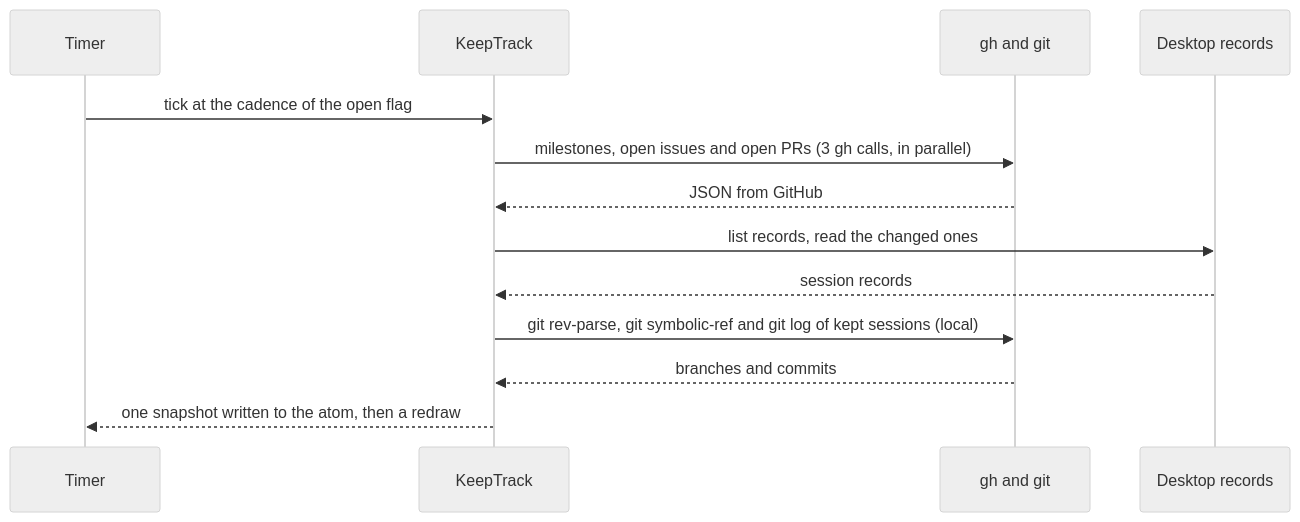
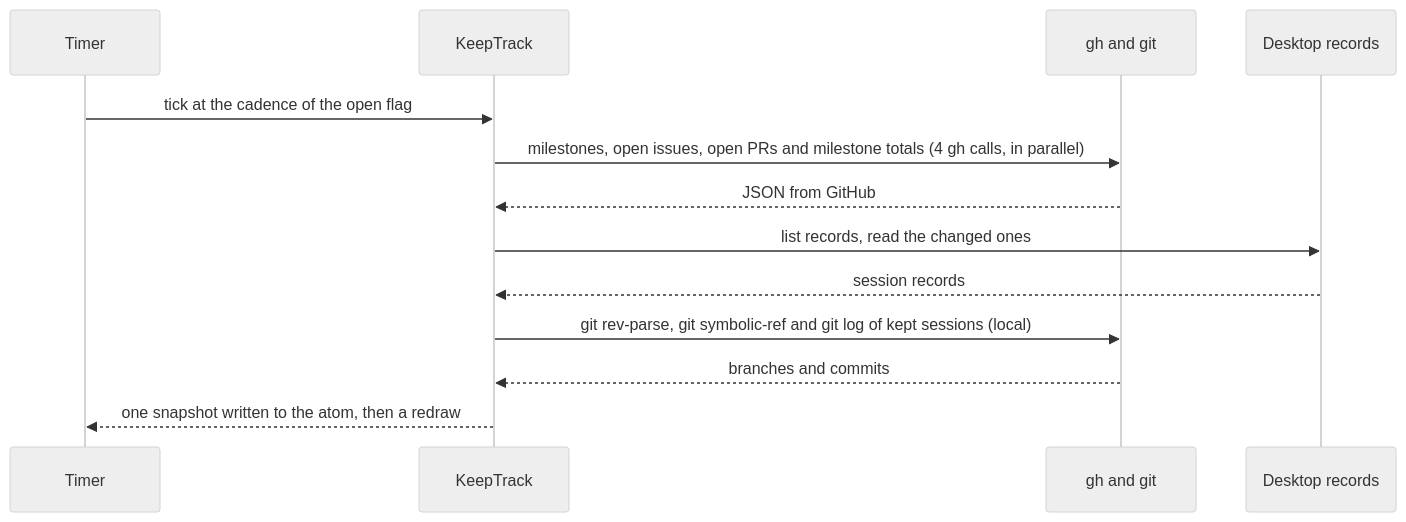
One commit to KeepGlide/keepaway-repo changed the second of 2 diagrams in README.md. Above: the diagram before and after it, drawn with Mermaid (neutral theme). The commit also changed other lines of this file and 3 other files, not shown here.

````diff
--- a/README.md
+++ b/README.md
@@ -104,15 +104,15 @@
 ```mermaid
 sequenceDiagram
     participant T as Timer
     participant K as KeepTrack
     participant G as gh and git
     participant D as Desktop records
     T->>K: tick at the cadence of the open flag
-    K->>G: milestones, open issues and open PRs (3 gh calls, in parallel)
+    K->>G: milestones, open issues, open PRs and milestone totals (4 gh calls, in parallel)
     G-->>K: JSON from GitHub
     K->>D: list records, read the changed ones
     D-->>K: session records
     K->>G: git rev-parse, git symbolic-ref and git log of kept sessions (local)
     G-->>K: branches and commits
     K-->>T: one snapshot written to the atom, then a redraw
 ```
````
